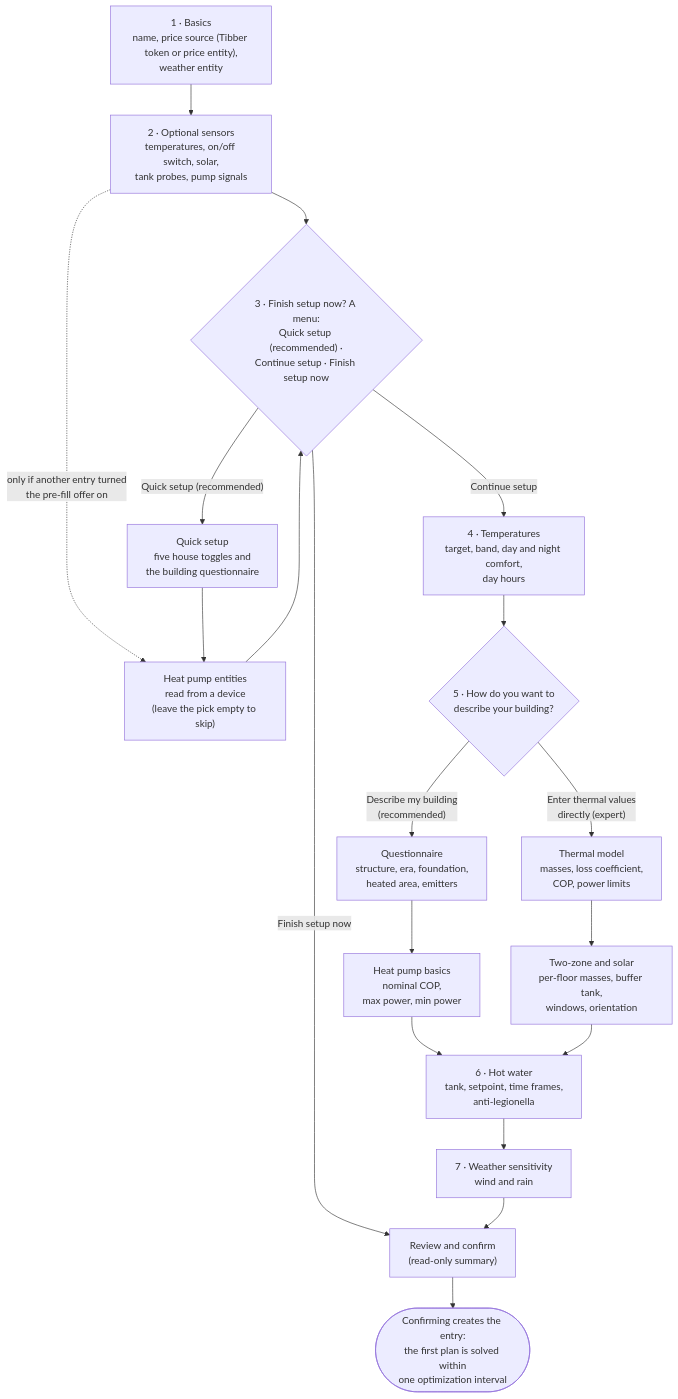
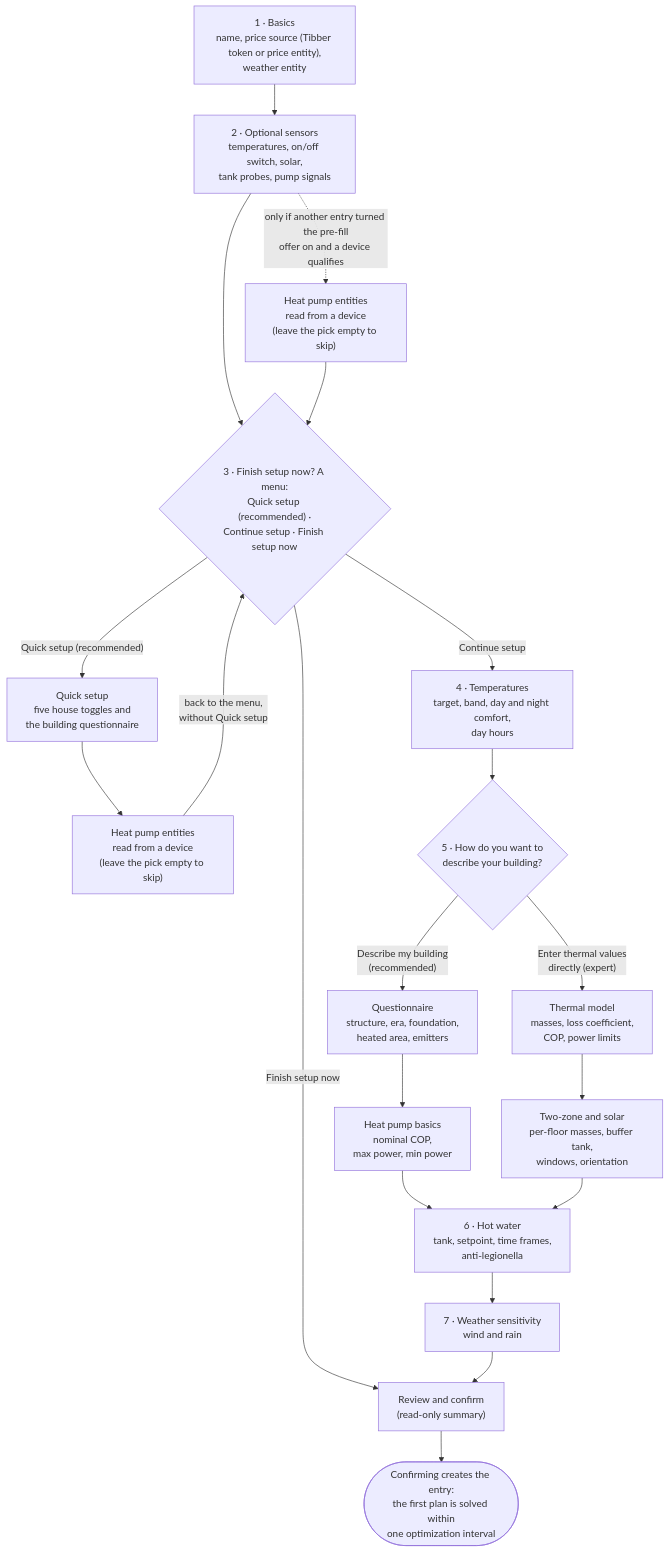
Before and after one commit to tvofi/heatpump_optimizer: the second of 3 diagrams in README.md, drawn with Mermaid. The commit also changed other lines of this file and 5 other files, not shown here.

First line of the commit message:
docs: pre-fill offer prose matches the code, diagram shows the menu without Quick setup, dashed-lines figure states the floored edge

````diff
--- a/README.md
+++ b/README.md
@@ -342,21 +342,22 @@
 ```mermaid
 flowchart TD
     A["1 · Basics<br/>name, price source (Tibber token or price entity),<br/>weather entity"] --> B["2 · Optional sensors<br/>temperatures, on/off switch, solar,<br/>tank probes, pump signals"]
     B --> M{"3 · Finish setup now? A menu:<br/>Quick setup (recommended) ·<br/>Continue setup · Finish setup now"}
-    B -. "only if another entry turned<br/>the pre-fill offer on" .-> P
+    B -. "only if another entry turned the pre-fill<br/>offer on and a device qualifies" .-> P0["Heat pump entities<br/>read from a device<br/>(leave the pick empty to skip)"]
+    P0 --> M
     M -- "Quick setup (recommended)" --> Q["Quick setup<br/>five house toggles and<br/>the building questionnaire"]
     Q --> P["Heat pump entities<br/>read from a device<br/>(leave the pick empty to skip)"]
-    P --> M
+    P -- "back to the menu,<br/>without Quick setup" --> M
     M -- "Finish setup now" --> R["Review and confirm<br/>(read-only summary)"]
     M -- "Continue setup" --> T["4 · Temperatures<br/>target, band, day and night comfort,<br/>day hours"]
     T --> C{"5 · How do you want to<br/>describe your building?"}
     C -- "Describe my building<br/>(recommended)" --> E["Questionnaire<br/>structure, era, foundation,<br/>heated area, emitters"]
     E --> F["Heat pump basics<br/>nominal COP,<br/>max power, min power"]
     C -- "Enter thermal values<br/>directly (expert)" --> G["Thermal model<br/>masses, loss coefficient,<br/>COP, power limits"]
     G --> H["Two-zone and solar<br/>per-floor masses, buffer tank,<br/>windows, orientation"]
     F --> I["6 · Hot water<br/>tank, setpoint, time frames,<br/>anti-legionella"]
     H --> I
     I --> K["7 · Weather sensitivity<br/>wind and rain"]
     K --> R
     R --> J(["Confirming creates the entry:<br/>the first plan is solved within<br/>one optimization interval"])
 ```
````
